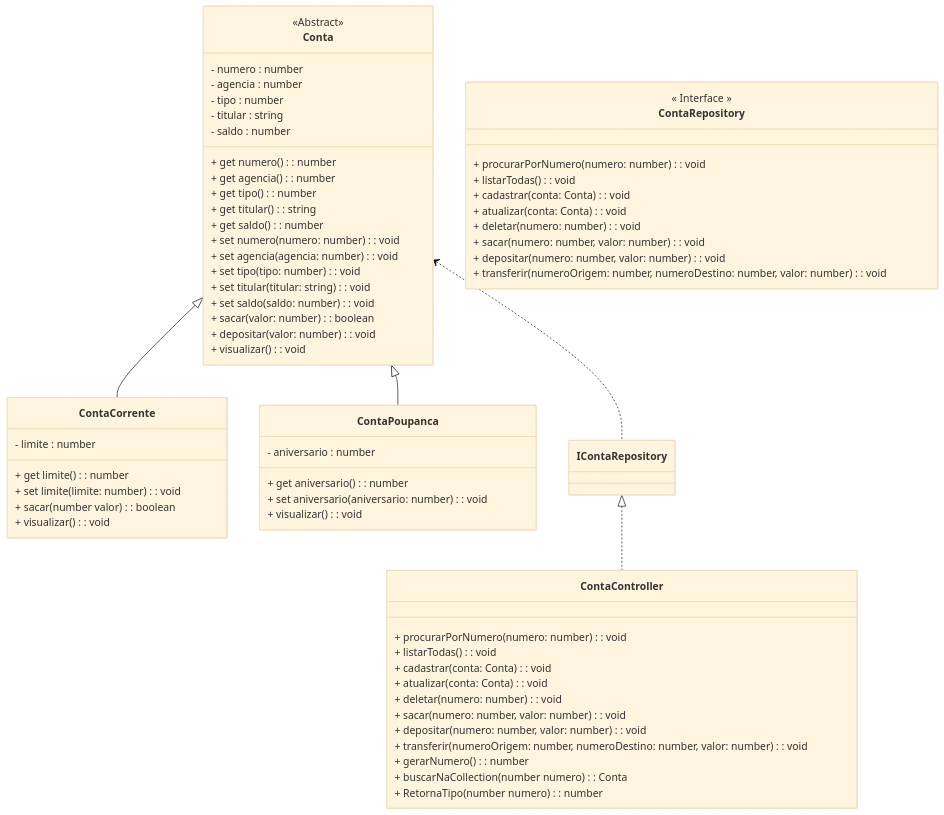
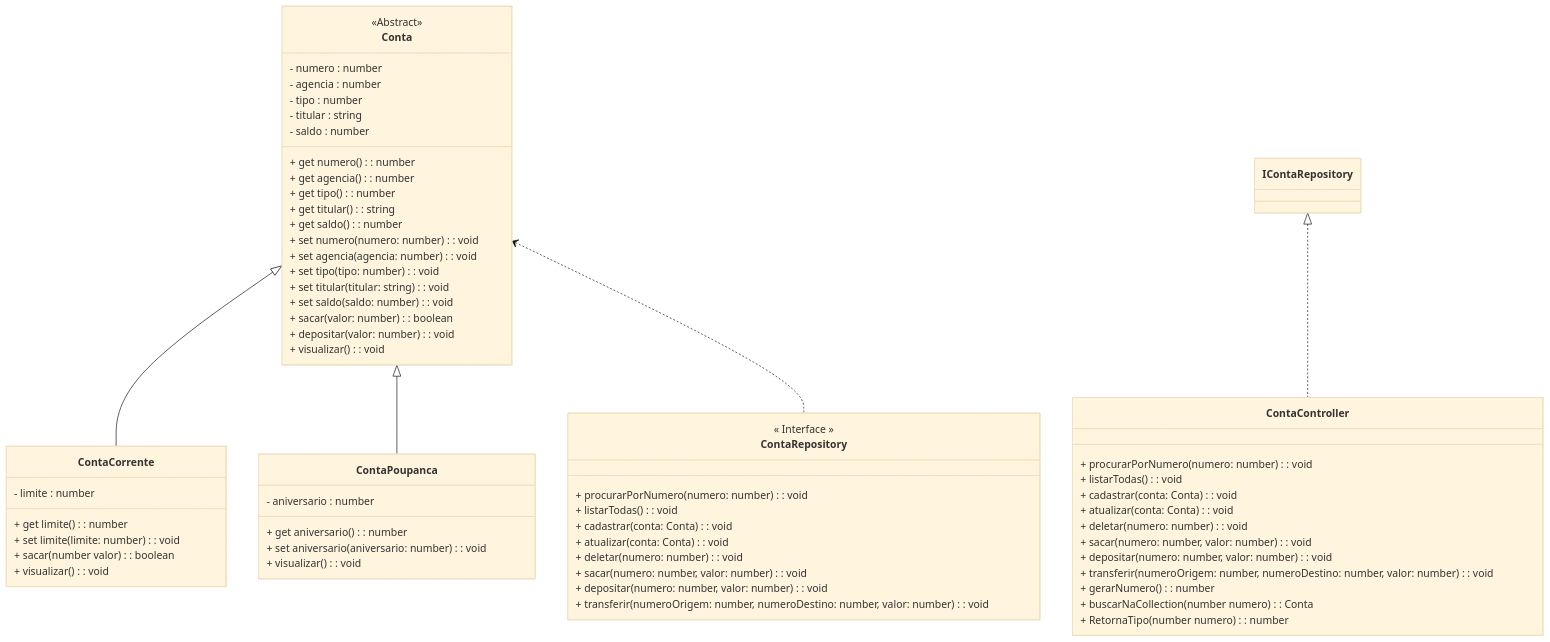
Before and after one commit to conteudoGeneration/cookbook_javascript: the diagram in 01_javascript/pr07.md, drawn with Mermaid (base theme).

````diff
--- a/01_javascript/pr07.md
+++ b/01_javascript/pr07.md
@@ -11,65 +11,65 @@
 ```mermaid
 classDiagram
 class Conta {
 <<Abstract>>
   - numero : number
   - agencia : number
   - tipo : number
   - titular : string
   - saldo : number
   + get numero(): number
   + get agencia(): number
   + get tipo(): number
   + get titular(): string
   + get saldo(): number
   + set numero(numero: number): void
   + set agencia(agencia: number): void
   + set tipo(tipo: number): void
   + set titular(titular: string): void
   + set saldo(saldo: number): void
   + sacar(valor: number): boolean
   + depositar(valor: number): void
   + visualizar(): void
 }
 class ContaCorrente {
   - limite : number
   + get limite(): number
   + set limite(limite: number): void
   + sacar(number valor): boolean
   + visualizar(): void
 }
 class ContaPoupanca {
   - aniversario : number
   + get aniversario(): number
   + set aniversario(aniversario: number): void
   + visualizar(): void
 }
 class ContaRepository{
 << Interface >>
 + procurarPorNumero(numero: number): void
 + listarTodas(): void
 + cadastrar(conta: Conta): void
 + atualizar(conta: Conta): void
 + deletar(numero: number): void
 + sacar(numero: number, valor: number): void
 + depositar(numero: number, valor: number): void
 + transferir(numeroOrigem: number, numeroDestino: number, valor: number): void
 }
 class ContaController{
 + procurarPorNumero(numero: number): void
 + listarTodas(): void
 + cadastrar(conta: Conta): void
 + atualizar(conta: Conta): void
 + deletar(numero: number): void
 + sacar(numero: number, valor: number): void
 + depositar(numero: number, valor: number): void
 + transferir(numeroOrigem: number, numeroDestino: number, valor: number): void
 + gerarNumero(): number
 + buscarNaCollection(number numero): Conta
 + RetornaTipo(number numero): number
 }
 Conta <|-- ContaCorrente
 Conta <|-- ContaPoupanca
-Conta <.. IContaRepository
+Conta <.. ContaRepository
 IContaRepository <|.. ContaController
 ```
````
